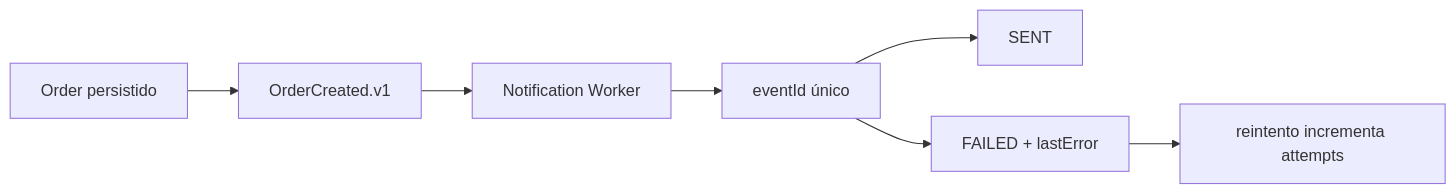
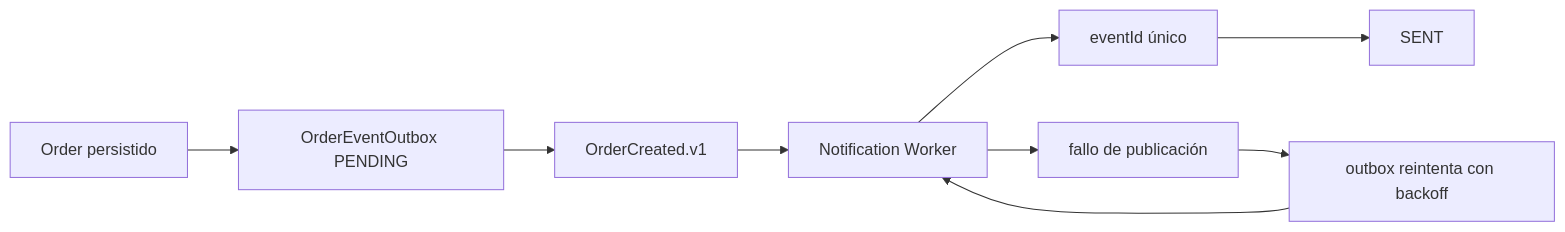
The eighth of 10 diagrams in docs/wiki/architecture-overview.md (HectorARiascosI/mileshop-platform), drawn with Mermaid before and after one commit. The commit also changed other lines of this file and 56 other files, not shown here.

````diff
--- a/docs/wiki/architecture-overview.md
+++ b/docs/wiki/architecture-overview.md
@@ -259,9 +284,11 @@
 ```mermaid
 flowchart LR
-    Persisted[Order persistido] --> Event[OrderCreated.v1]
+    Persisted[Order persistido] --> Outbox[OrderEventOutbox PENDING]
+    Outbox --> Event[OrderCreated.v1]
     Event --> Worker[Notification Worker]
     Worker --> Claim[eventId único]
     Claim --> Sent[SENT]
-    Claim --> Failed[FAILED + lastError]
-    Failed --> Retry[reintento incrementa attempts]
+    Worker --> Failed[fallo de publicación]
+    Failed --> Retry[outbox reintenta con backoff]
+    Retry --> Worker
 ```
````
